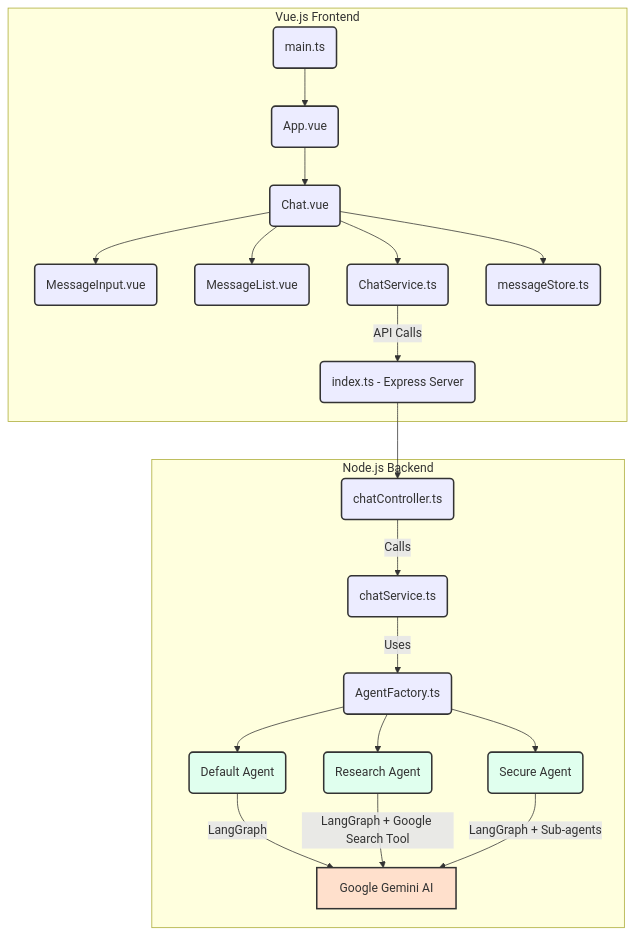
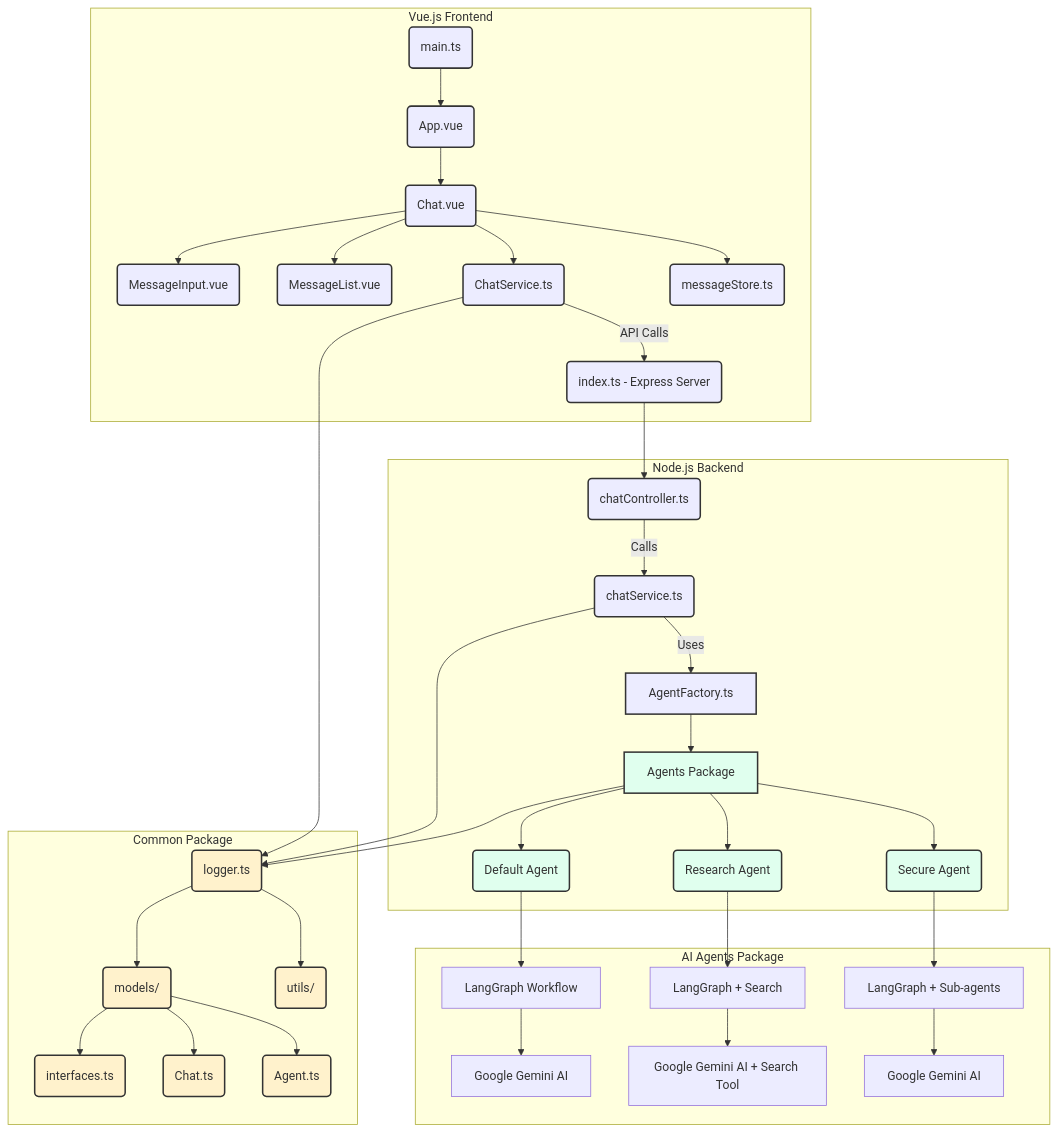
One commit to yu-iskw/llmops-demo-ts changed the diagram in README.md. Above: the diagram before and after it, drawn with Mermaid. The commit also changed other lines of this file, not shown here.

````diff
--- a/README.md
+++ b/README.md
@@ -37,44 +48,68 @@
 ```mermaid
 graph TD
     subgraph Frontend [Vue.js Frontend]
         F1(main.ts) --> F2(App.vue)
         F2 --> F3(Chat.vue)
         F3 --> F4(MessageInput.vue)
         F3 --> F5(MessageList.vue)
         F3 --> F6(ChatService.ts)
         F3 --> F7(messageStore.ts)
         F6 -- API Calls --> B1
     end
 
     subgraph Backend [Node.js Backend]
         B1(index.ts - Express Server) --> B2(chatController.ts)
         B2 -- Calls --> B3(chatService.ts)
-        B3 -- Uses --> B4(AgentFactory.ts)
-        B4 --> A1(Default Agent)
-        B4 --> A2(Research Agent)
-        B4 --> A3(Secure Agent)
-        A1 -- LangGraph --> L1(Google Gemini AI)
-        A2 -- LangGraph + Google Search Tool --> L1
-        A3 -- LangGraph + Sub-agents --> L1
+        B3 -- Uses --> AF[AgentFactory.ts]
+        AF --> AG[Agents Package]
+        AG --> A1(Default Agent)
+        AG --> A2(Research Agent)
+        AG --> A3(Secure Agent)
     end
 
-    L1[Google Gemini AI]
+    subgraph Agents [AI Agents Package]
+        A1 --> LG1[LangGraph Workflow]
+        A2 --> LG2[LangGraph + Search]
+        A3 --> LG3[LangGraph + Sub-agents]
+        LG1 --> G1[Google Gemini AI]
+        LG2 --> G2[Google Gemini AI + Search Tool]
+        LG3 --> G3[Google Gemini AI]
+    end
+
+    subgraph Common [Common Package]
+        C1(logger.ts) --> C2(models/)
+        C2 --> C3(interfaces.ts)
+        C2 --> C4(Chat.ts)
+        C2 --> C5(Agent.ts)
+        C1 --> C6(utils/)
+    end
+
+    B3 --> C1
+    AG --> C1
+    F6 --> C1
+
     style F1 fill:#ececff,stroke:#333,stroke-width:2px;
     style F2 fill:#ececff,stroke:#333,stroke-width:2px;
     style F3 fill:#ececff,stroke:#333,stroke-width:2px;
     style F4 fill:#ececff,stroke:#333,stroke-width:2px;
     style F5 fill:#ececff,stroke:#333,stroke-width:2px;
     style F6 fill:#ececff,stroke:#333,stroke-width:2px;
     style F7 fill:#ececff,stroke:#333,stroke-width:2px;
 
     style B1 fill:#ececff,stroke:#333,stroke-width:2px;
     style B2 fill:#ececff,stroke:#333,stroke-width:2px;
     style B3 fill:#ececff,stroke:#333,stroke-width:2px;
-    style B4 fill:#ececff,stroke:#333,stroke-width:2px;
+    style AF fill:#ececff,stroke:#333,stroke-width:2px;
 
     style A1 fill:#e0ffee,stroke:#333,stroke-width:2px;
     style A2 fill:#e0ffee,stroke:#333,stroke-width:2px;
     style A3 fill:#e0ffee,stroke:#333,stroke-width:2px;
+    style AG fill:#e0ffee,stroke:#333,stroke-width:2px;
 
-    style L1 fill:#ffe0cc,stroke:#333,stroke-width:2px;
+    style C1 fill:#fff2cc,stroke:#333,stroke-width:2px;
+    style C2 fill:#fff2cc,stroke:#333,stroke-width:2px;
+    style C3 fill:#fff2cc,stroke:#333,stroke-width:2px;
+    style C4 fill:#fff2cc,stroke:#333,stroke-width:2px;
+    style C5 fill:#fff2cc,stroke:#333,stroke-width:2px;
+    style C6 fill:#fff2cc,stroke:#333,stroke-width:2px;
 ```
````
